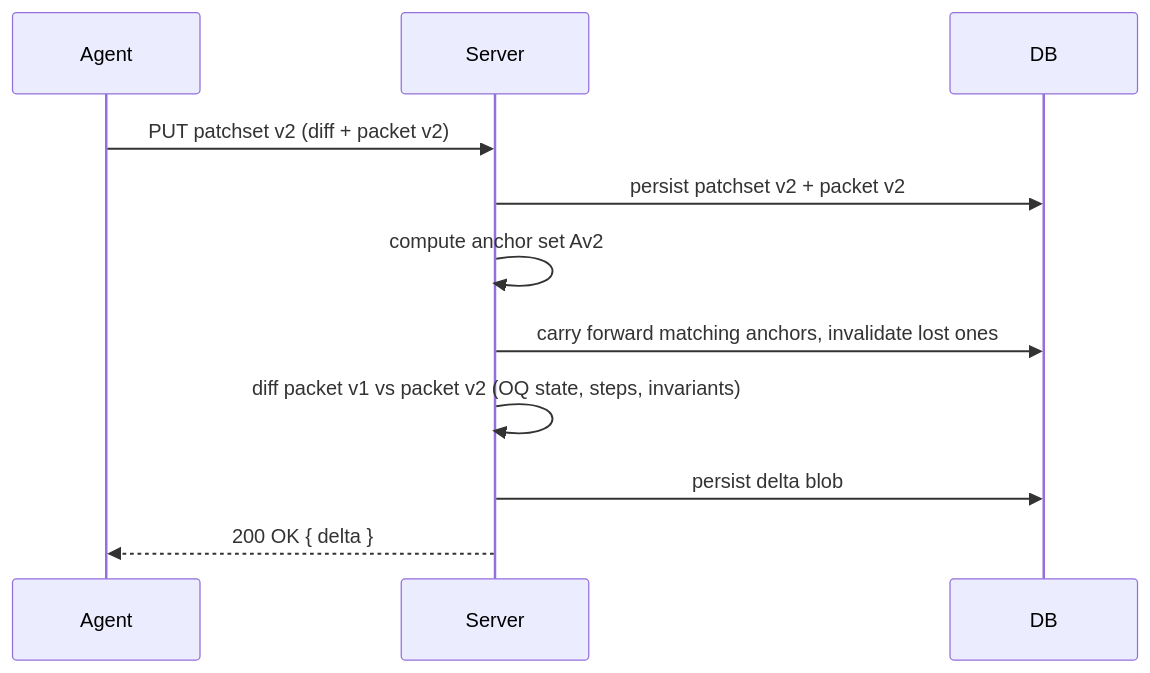
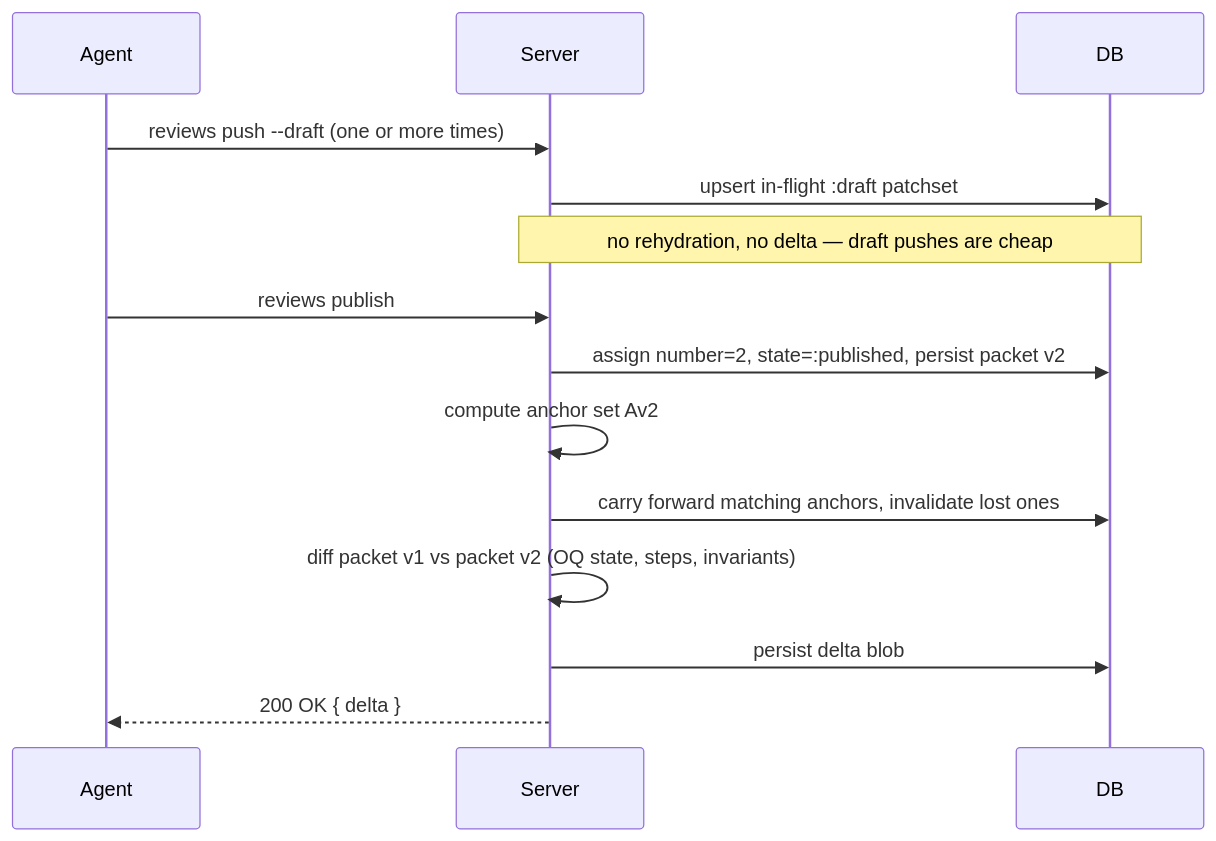
One commit to figitaki/reviews changed the fourth of 4 diagrams in .plans/review-packet-spec.md. Above: the diagram before and after it, drawn with Mermaid. The commit also changed other lines of this file and 1 other file, not shown here.

First line of the commit message:
Apply draft-overwrite semantics + schema versioning to PRD and spec

````diff
--- a/.plans/review-packet-spec.md
+++ b/.plans/review-packet-spec.md
@@ -254,17 +294,21 @@
 ```mermaid
 sequenceDiagram
     participant Agent
     participant Server
     participant DB
 
-    Agent->>Server: PUT patchset v2 (diff + packet v2)
-    Server->>DB: persist patchset v2 + packet v2
+    Agent->>Server: reviews push --draft (one or more times)
+    Server->>DB: upsert in-flight :draft patchset
+    Note over Server,DB: no rehydration, no delta — draft pushes are cheap
+
+    Agent->>Server: reviews publish
+    Server->>DB: assign number=2, state=:published, persist packet v2
 
     Server->>Server: compute anchor set Av2
     Server->>DB: carry forward matching anchors, invalidate lost ones
 
     Server->>Server: diff packet v1 vs packet v2 (OQ state, steps, invariants)
     Server->>DB: persist delta blob
 
     Server-->>Agent: 200 OK { delta }
 ```
````
